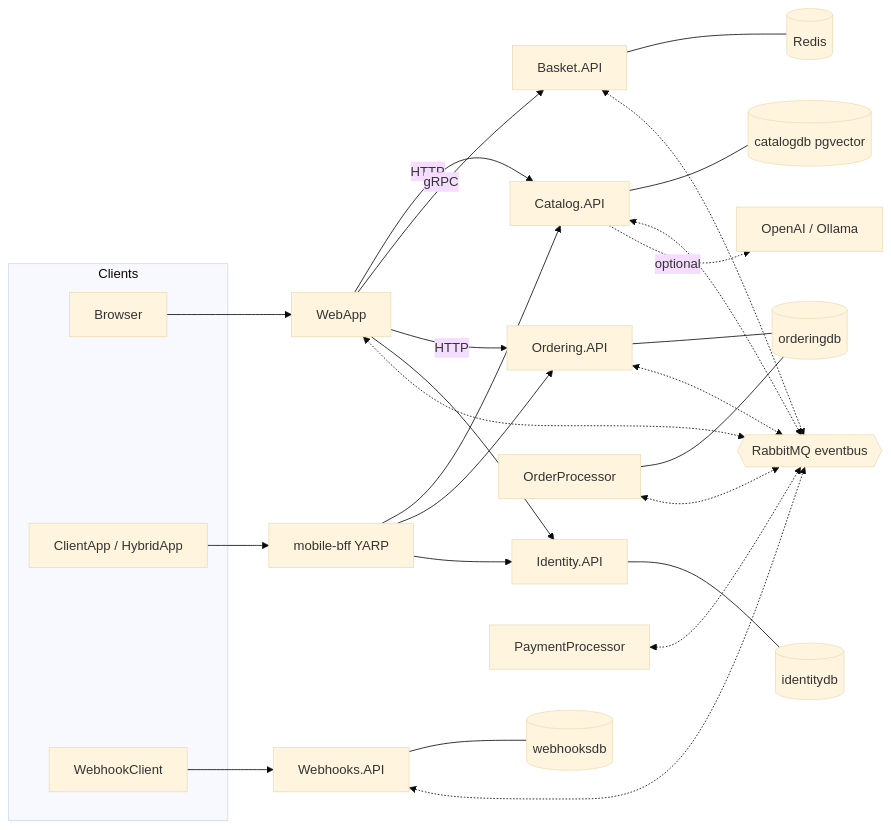
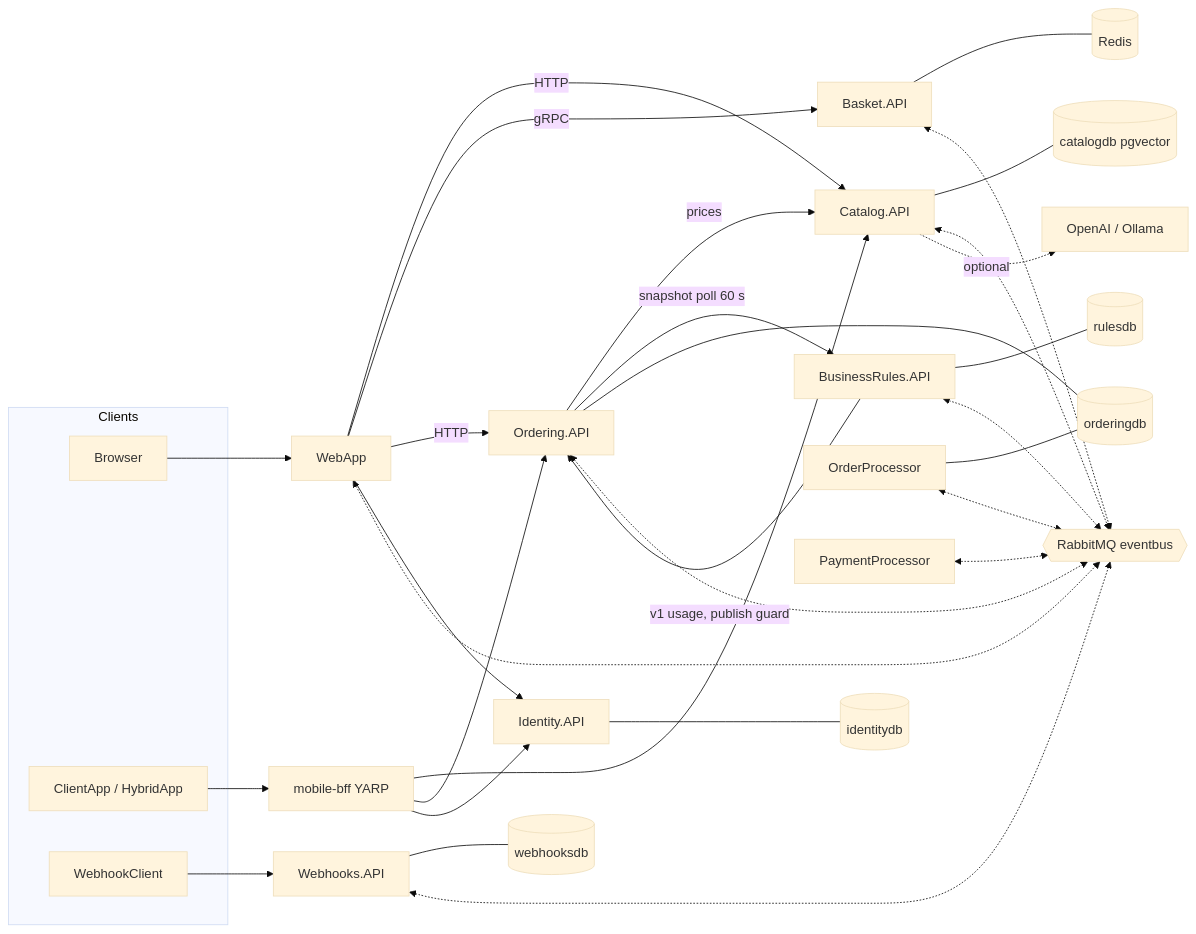
Before and after one commit to q-brown-slalom/eShopOrgMeta: the diagram in architecture/system-context.md, drawn with Mermaid (base theme). The commit also changed other lines of this file and 7 other files, not shown here.

Commit message:
docs(architecture): record BusinessRules.API foundation

````diff
--- a/architecture/system-context.md
+++ b/architecture/system-context.md
@@ -10,28 +10,33 @@
 ```mermaid
 flowchart LR
   subgraph Clients
     Browser
     Mobile[ClientApp / HybridApp]
     WHC[WebhookClient]
   end
 
   Browser --> WebApp
   Mobile --> BFF[mobile-bff YARP]
   BFF --> Catalog & Ordering & Identity
 
   WebApp -->|HTTP| Catalog[Catalog.API]
   WebApp -->|gRPC| Basket[Basket.API]
   WebApp -->|HTTP| Ordering[Ordering.API]
   WebApp --> Identity[Identity.API]
   WHC --> Webhooks[Webhooks.API]
 
+  Ordering -->|prices| Catalog
+  Ordering -->|snapshot poll 60 s| Rules[BusinessRules.API]
+  Rules -->|v1 usage, publish guard| Ordering
+
   Catalog --- CatalogDB[(catalogdb pgvector)]
   Identity --- IdentityDB[(identitydb)]
   Ordering --- OrderingDB[(orderingdb)]
   OrderProcessor --- OrderingDB
   Webhooks --- WebhooksDB[(webhooksdb)]
+  Rules --- RulesDB[(rulesdb)]
   Basket --- Redis[(Redis)]
 
-  Catalog & Basket & Ordering & OrderProcessor & PaymentProcessor & Webhooks & WebApp <-.-> Bus{{RabbitMQ eventbus}}
+  Catalog & Basket & Ordering & OrderProcessor & PaymentProcessor & Webhooks & WebApp & Rules <-.-> Bus{{RabbitMQ eventbus}}
   Catalog -.optional.-> AI[OpenAI / Ollama]
 ```
````
